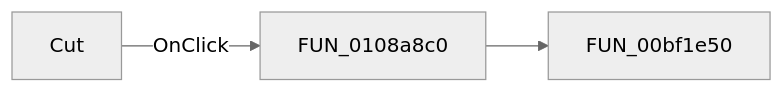
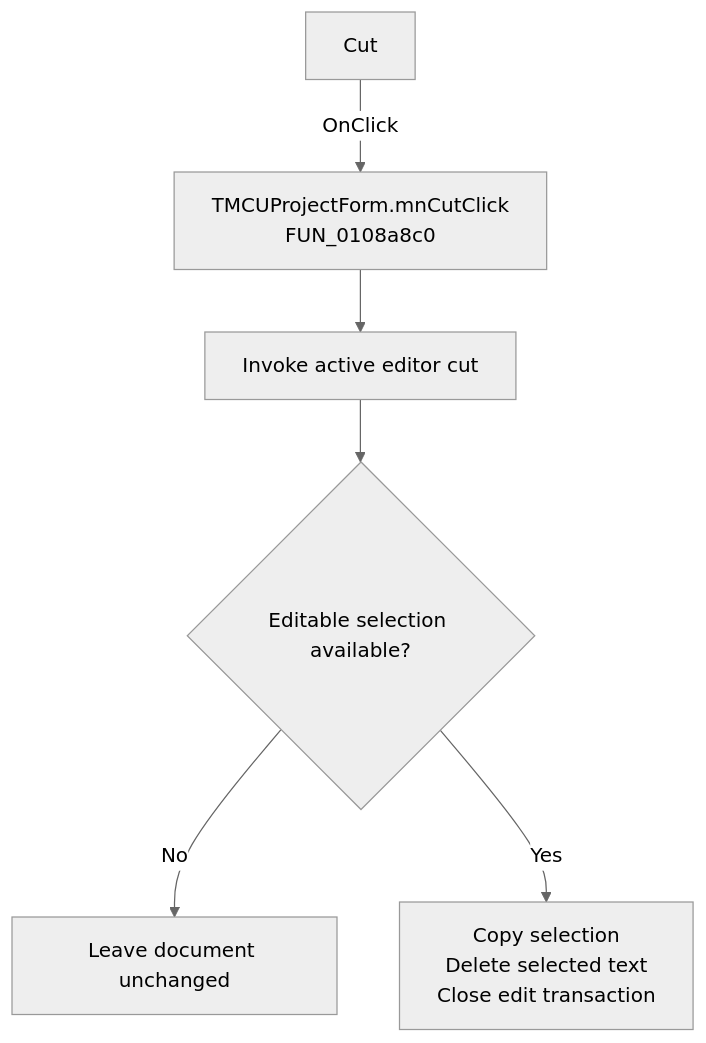
The diagram in docs/ui-controls/mcuprojectform/mncut-b4b4ede532.md (MovGP0/TIARA), drawn with Mermaid (neutral theme) before and after one commit. The commit also changed other lines of this file and 1062 other files, not shown here.

````diff
--- a/docs/ui-controls/mcuprojectform/mncut-b4b4ede532.md
+++ b/docs/ui-controls/mcuprojectform/mncut-b4b4ede532.md
@@ -27,5 +27,8 @@
 ```mermaid
-flowchart LR
-    control["Cut"] -->|OnClick| handler["FUN_0108a8c0"]
-    handler --> call1["FUN_00bf1e50"]
+flowchart TD
+    control["Cut"] -->|OnClick| handler["TMCUProjectForm.mnCutClick<br/>FUN_0108a8c0"]
+    handler --> editor["Invoke active editor cut"]
+    editor --> selection{"Editable selection available?"}
+    selection -->|No| noOp["Leave document unchanged"]
+    selection -->|Yes| cut["Copy selection<br/>Delete selected text<br/>Close edit transaction"]
 ```
````
